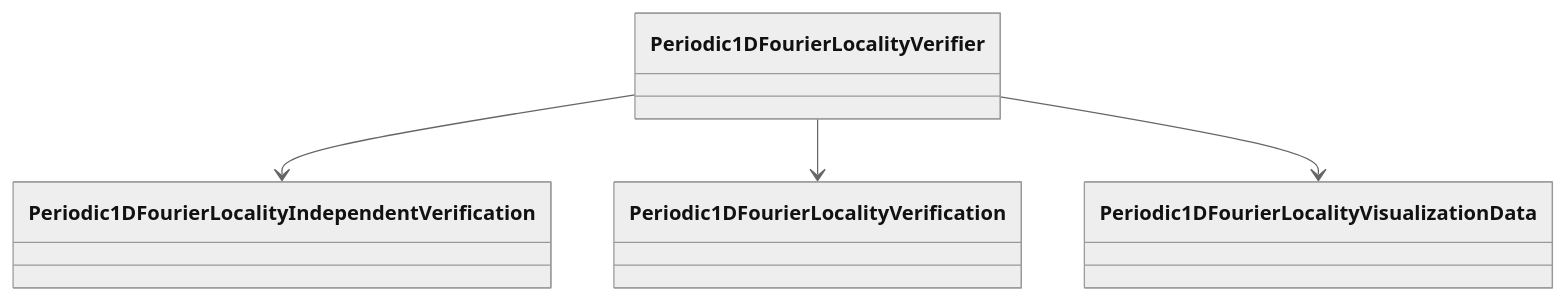
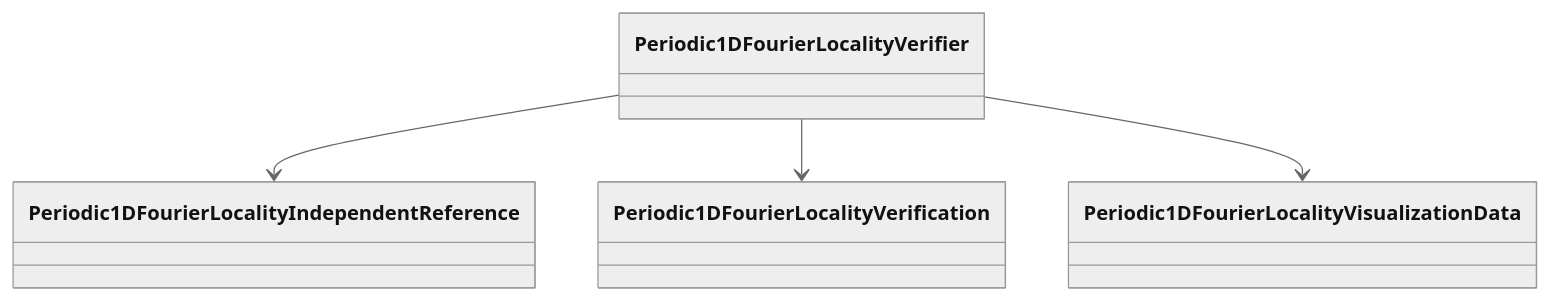
One commit to eragasa/ksdft2effmass changed the second of 3 diagrams in docs/architecture/v3/ksdft2effmass/periodic1d/fourier_locality/verification/schematics.md. Above: the diagram before and after it, drawn with Mermaid (neutral theme). The commit also changed 22 other files, not shown here.

Commit message:
Name rank-one independent reconstruction as reference analysis

````diff
--- a/docs/architecture/v3/ksdft2effmass/periodic1d/fourier_locality/verification/schematics.md
+++ b/docs/architecture/v3/ksdft2effmass/periodic1d/fourier_locality/verification/schematics.md
@@ -23,11 +23,11 @@
 ```mermaid
 classDiagram
     class Periodic1DFourierLocalityVerifier
-    class Periodic1DFourierLocalityIndependentVerification
+    class Periodic1DFourierLocalityIndependentReference
     class Periodic1DFourierLocalityVerification
     class Periodic1DFourierLocalityVisualizationData
 
-    Periodic1DFourierLocalityVerifier --> Periodic1DFourierLocalityIndependentVerification
+    Periodic1DFourierLocalityVerifier --> Periodic1DFourierLocalityIndependentReference
     Periodic1DFourierLocalityVerifier --> Periodic1DFourierLocalityVerification
     Periodic1DFourierLocalityVerifier --> Periodic1DFourierLocalityVisualizationData
 ```
````
